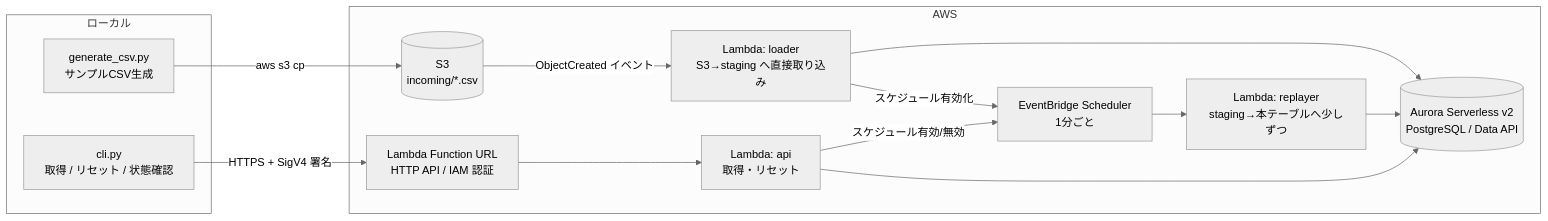
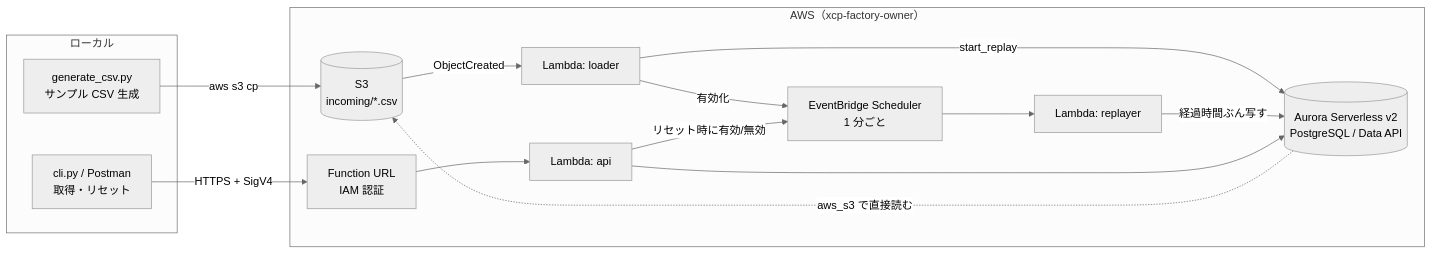
Before and after one commit to nit-kl/IoT_lab: the first of 2 diagrams in docs/実現方針.md, drawn with Mermaid (neutral theme). The commit also changed other lines of this file and 3 other files, not shown here.

````diff
--- a/docs/実現方針.md
+++ b/docs/実現方針.md
@@ -8,26 +30,24 @@
 ```mermaid
 flowchart LR
   subgraph ローカル
-    GEN[generate_csv.py<br/>サンプルCSV生成]
-    CLI[cli.py<br/>取得 / リセット / 状態確認]
+    GEN[generate_csv.py<br/>サンプル CSV 生成]
+    CLI[cli.py / Postman<br/>取得・リセット]
   end
-  subgraph AWS
+  subgraph AWS["AWS（xcp-factory-owner）"]
     S3[(S3<br/>incoming/*.csv)]
-    L1[Lambda: loader<br/>S3→staging へ直接取り込み]
-    SCH[EventBridge Scheduler<br/>1分ごと]
-    L2[Lambda: replayer<br/>staging→本テーブルへ少しずつ]
+    L1[Lambda: loader]
+    SCH[EventBridge Scheduler<br/>1 分ごと]
+    L2[Lambda: replayer]
     DB[(Aurora Serverless v2<br/>PostgreSQL / Data API)]
-    URL[Lambda Function URL<br/>HTTP API / IAM 認証]
-    L3[Lambda: api<br/>取得・リセット]
+    URL[Function URL<br/>IAM 認証]
+    L3[Lambda: api]
   end
   GEN -->|aws s3 cp| S3
-  S3 -->|ObjectCreated イベント| L1
-  L1 --> DB
-  L1 -->|スケジュール有効化| SCH
-  SCH --> L2
-  L2 --> DB
-  CLI -->|HTTPS + SigV4 署名| URL
-  URL --> L3
-  L3 --> DB
-  L3 -->|スケジュール有効/無効| SCH
+  S3 -->|ObjectCreated| L1
+  L1 -->|start_replay| DB
+  DB -.->|aws_s3 で直接読む| S3
+  L1 -->|有効化| SCH
+  SCH --> L2 -->|経過時間ぶん写す| DB
+  CLI -->|HTTPS + SigV4| URL --> L3 --> DB
+  L3 -->|リセット時に有効/無効| SCH
 ```
````
